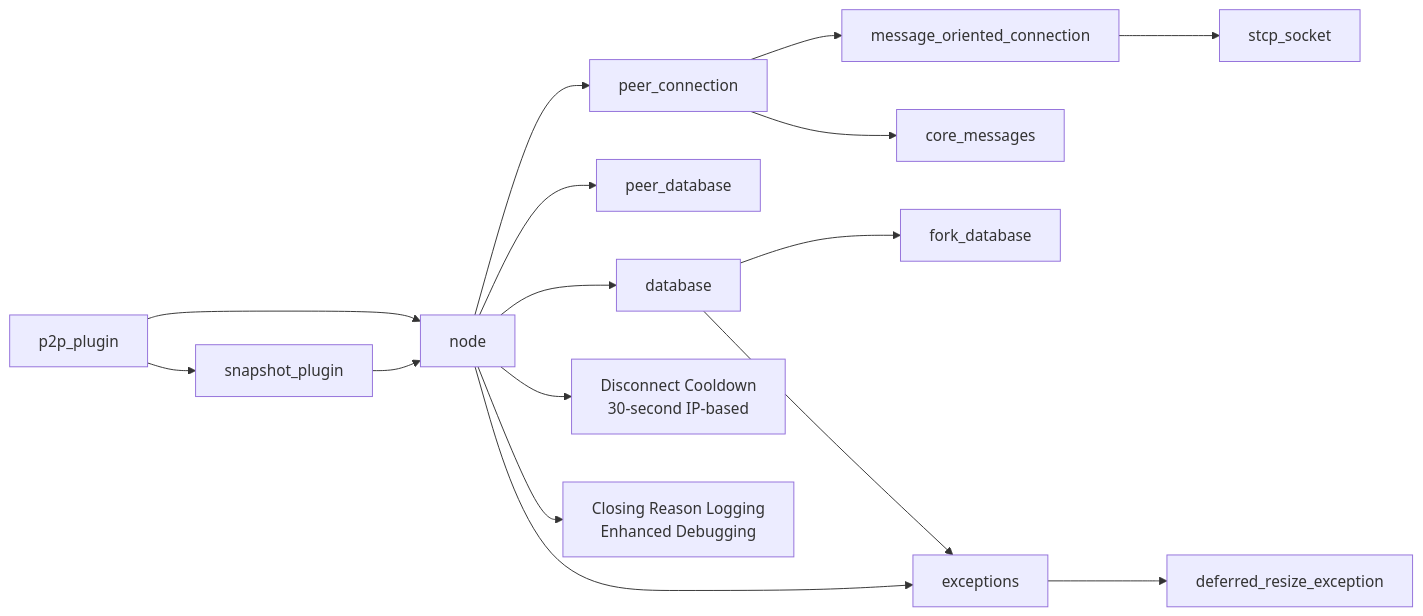
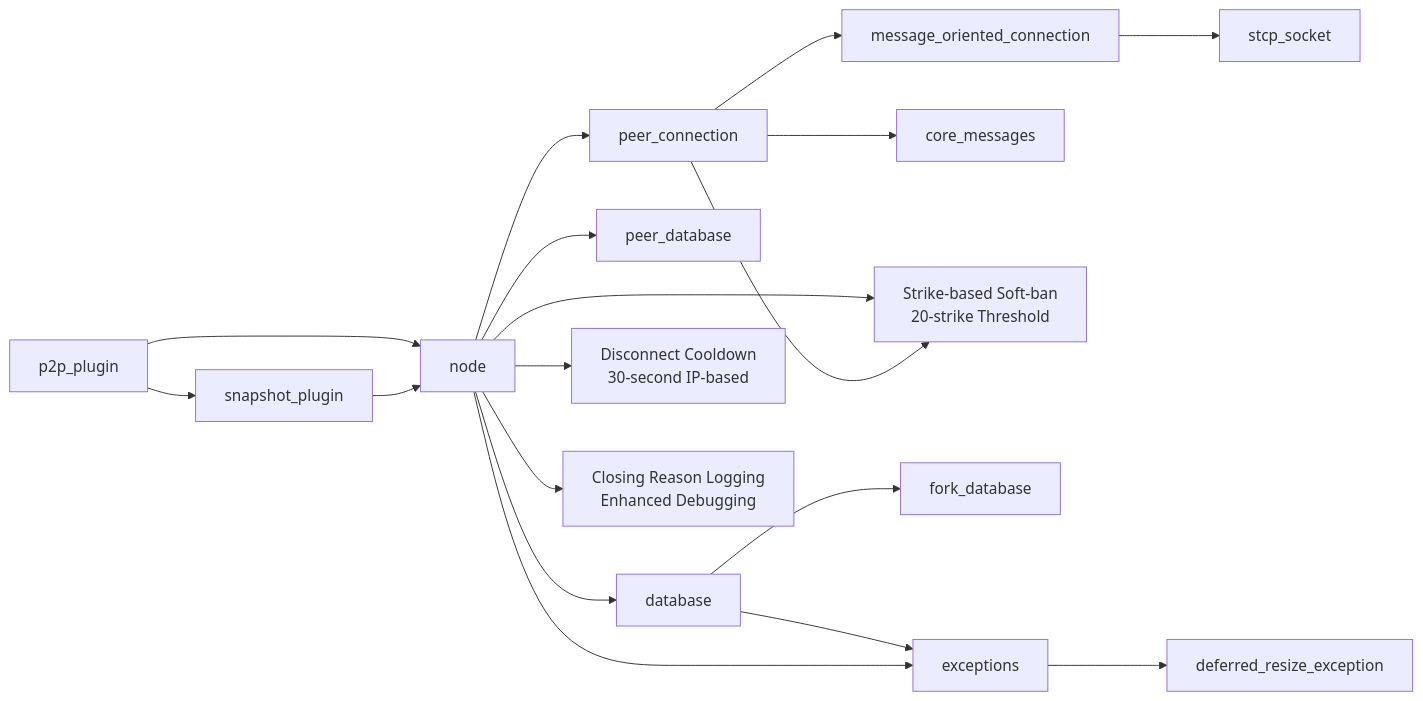
Before and after one commit to VIZ-Blockchain/viz-cpp-node: diagram 14 of 14 in .qoder/repowiki/en/content/Architecture Overview/Core Libraries/Network Library/Peer Connection Management.md, drawn with Mermaid. The commit also changed other lines of this file and 5 other files, not shown here.

````diff
--- a/.qoder/repowiki/en/content/Architecture Overview/Core Libraries/Network Library/Peer Connection Management.md
+++ b/.qoder/repowiki/en/content/Architecture Overview/Core Libraries/Network Library/Peer Connection Management.md
@@ -672,18 +729,20 @@
 ```mermaid
 graph LR
 PC["peer_connection"] --> MOC["message_oriented_connection"]
 MOC --> STCP["stcp_socket"]
 PC --> CM["core_messages"]
 N["node"] --> PC
 N --> PD["peer_database"]
 N --> DB["database"]
 N --> DC["Disconnect Cooldown<br/>30-second IP-based"]
 N --> CR["Closing Reason Logging<br/>Enhanced Debugging"]
+N --> STR["Strike-based Soft-ban<br/>20-strike Threshold"]
 P2P["p2p_plugin"] --> N
 P2P --> SNAP["snapshot_plugin"]
 SNAP --> N
 DB --> FD["fork_database"]
 DB --> EX["exceptions"]
 N --> EX
 EX --> DR["deferred_resize_exception"]
+PC --> STR
 ```
````
